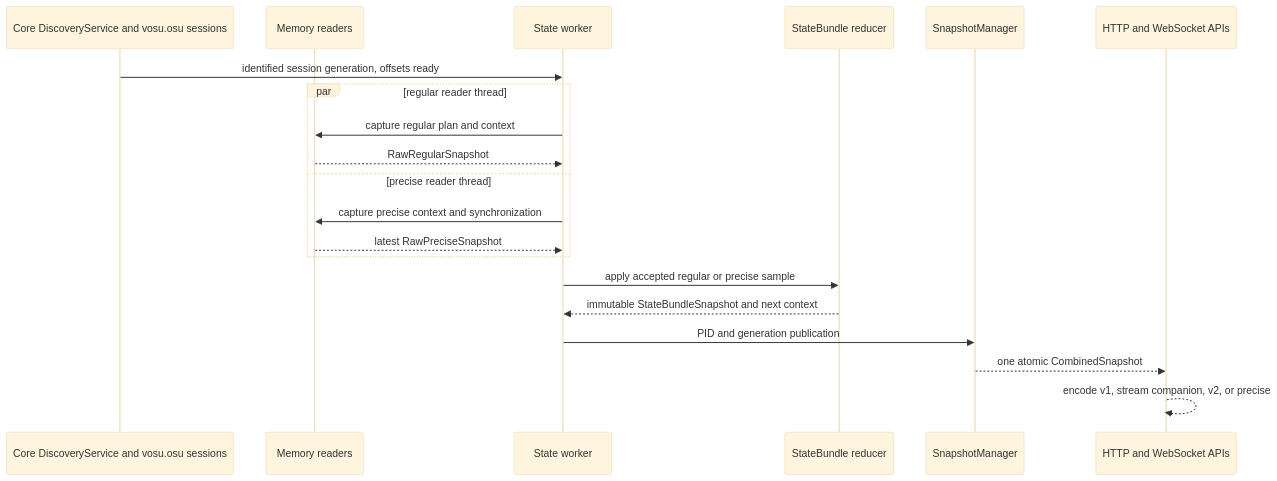
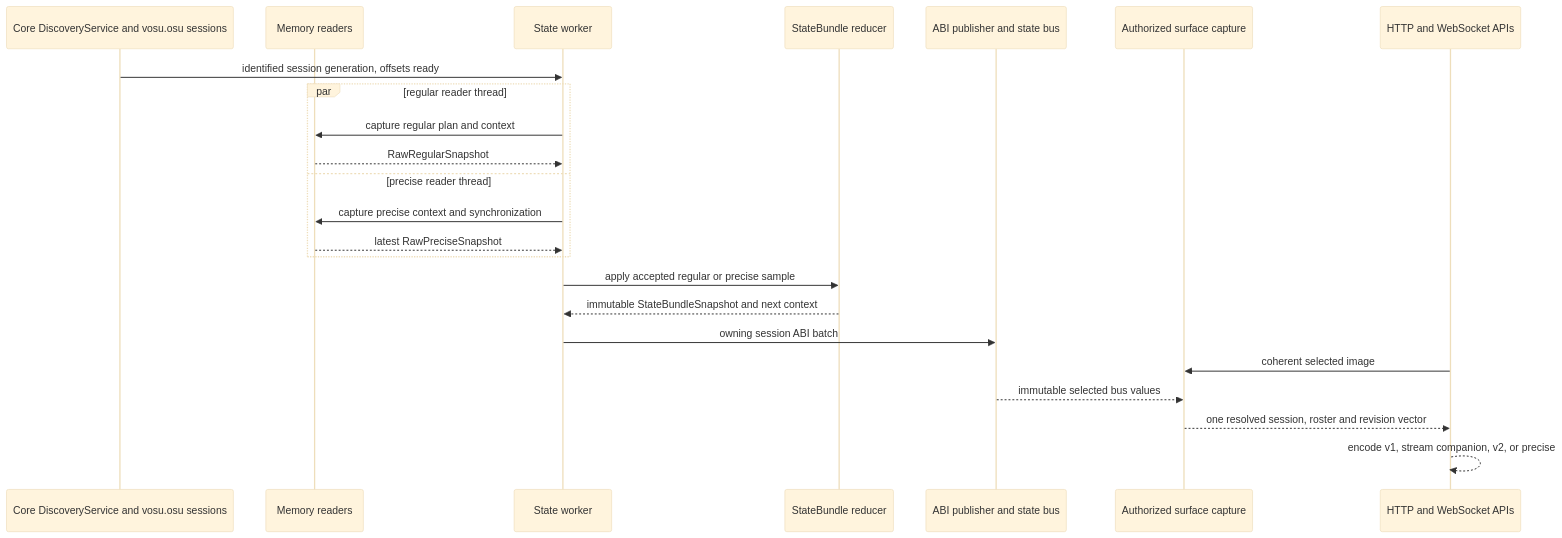
The third of 3 diagrams in docs/architecture/overview.md (18-lab-dev/vosu), drawn with Mermaid (base theme) before and after one commit. The commit also changed other lines of this file and 124 other files, not shown here.

````diff
--- a/docs/architecture/overview.md
+++ b/docs/architecture/overview.md
@@ -126,23 +127,26 @@
 ```mermaid
 sequenceDiagram
     participant D as Core DiscoveryService and vosu.osu sessions
     participant M as Memory readers
     participant W as State worker
     participant R as StateBundle reducer
-    participant P as SnapshotManager
+    participant P as ABI publisher and state bus
+    participant S as Authorized surface capture
     participant A as HTTP and WebSocket APIs
 
     D->>W: identified session generation, offsets ready
     par regular reader thread
         W->>M: capture regular plan and context
         M-->>W: RawRegularSnapshot
     and precise reader thread
         W->>M: capture precise context and synchronization
         M-->>W: latest RawPreciseSnapshot
     end
     W->>R: apply accepted regular or precise sample
     R-->>W: immutable StateBundleSnapshot and next context
-    W->>P: PID and generation publication
-    P-->>A: one atomic CombinedSnapshot
+    W->>P: owning session ABI batch
+    A->>S: coherent selected image
+    P-->>S: immutable selected bus values
+    S-->>A: one resolved session, roster and revision vector
     A-->>A: encode v1, stream companion, v2, or precise
 ```
````
